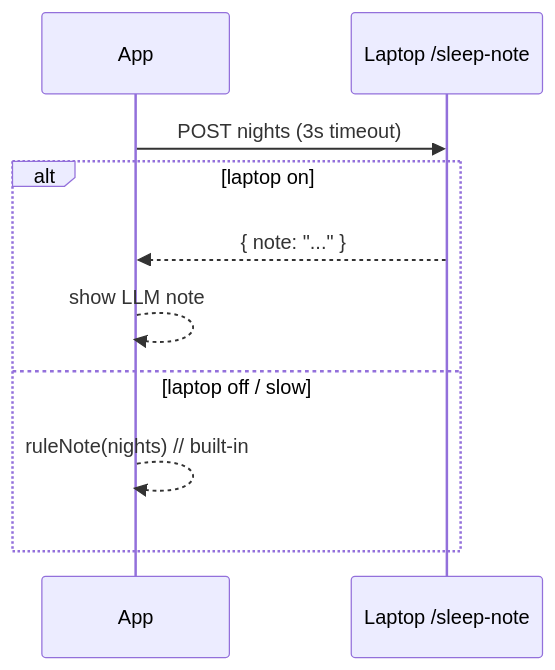
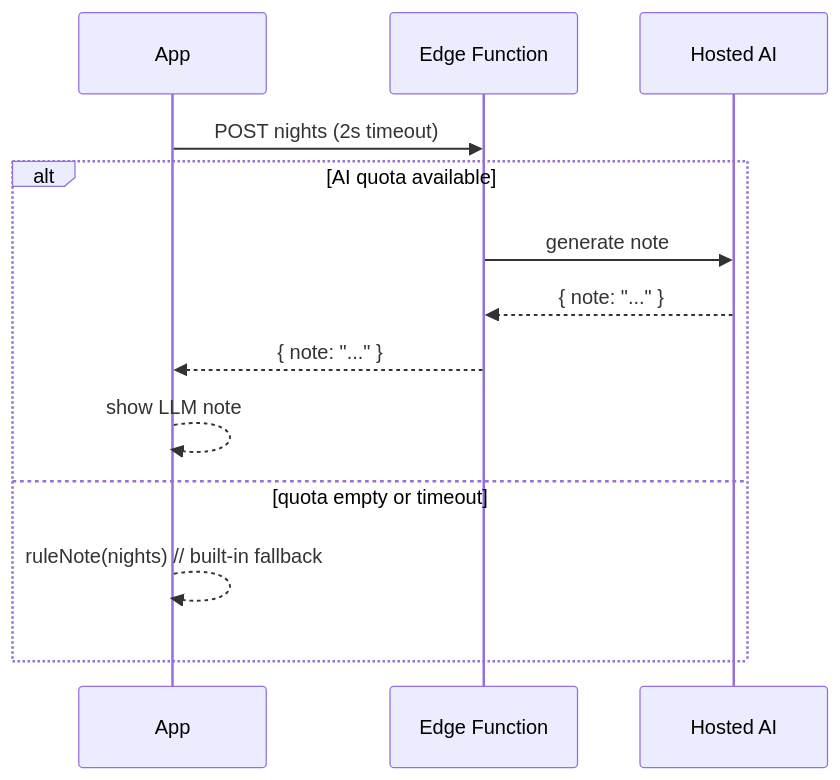
One commit to ana-sel/north-star changed the sixth of 7 diagrams in Compass/compass-v1-design.md. Above: the diagram before and after it, drawn with Mermaid. The commit also changed other lines of this file and 2 other files, not shown here.

First line of the commit message:
docs: remove outdated Ollama + Cloudflare references

````diff
--- a/Compass/compass-v1-design.md
+++ b/Compass/compass-v1-design.md
@@ -380,12 +383,15 @@
 ```mermaid
 sequenceDiagram
     participant App
-    participant Ollama as Laptop /sleep-note
-    App->>Ollama: POST nights (3s timeout)
-    alt laptop on
-        Ollama-->>App: { note: "..." }
+    participant EdgeFunc as Edge Function
+    participant AI as Hosted AI
+    App->>EdgeFunc: POST nights (2s timeout)
+    alt AI quota available
+        EdgeFunc->>AI: generate note
+        AI-->>EdgeFunc: { note: "..." }
+        EdgeFunc-->>App: { note: "..." }
         App-->>App: show LLM note
-    else laptop off / slow
-        App-->>App: ruleNote(nights)  // built-in
+    else quota empty or timeout
+        App-->>App: ruleNote(nights)  // built-in fallback
     end
 ```
````
